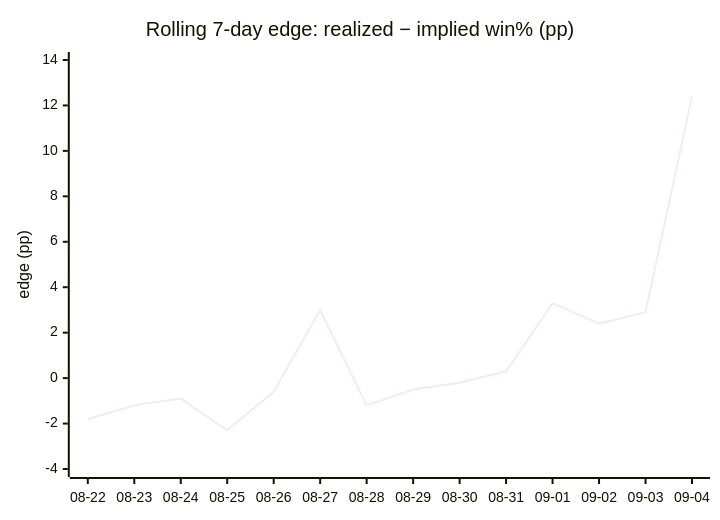
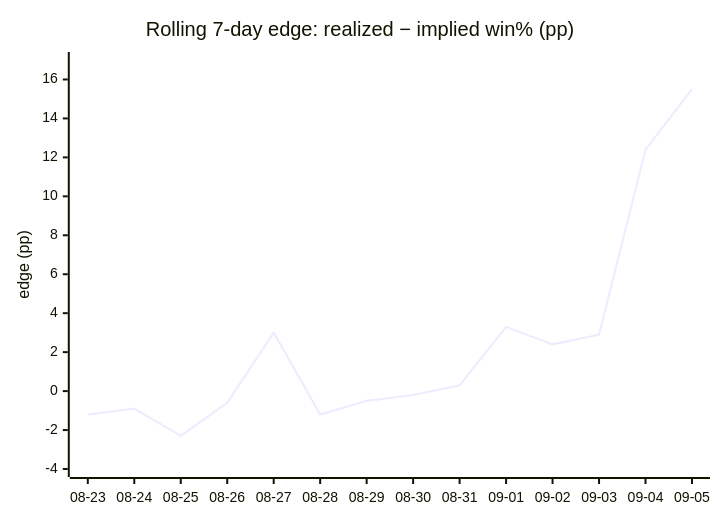
Before and after one commit to dpk1212/nhl-savant: the fourth of 4 diagrams in DAILY_AGSU_REPORT.md, drawn with Mermaid. The commit also changed other lines of this file, not shown here.

````diff
--- a/DAILY_AGSU_REPORT.md
+++ b/DAILY_AGSU_REPORT.md
@@ -871,7 +872,7 @@
 ```mermaid
 xychart-beta
     title "Rolling 7-day edge: realized − implied win% (pp)"
-    x-axis ["08-22", "08-23", "08-24", "08-25", "08-26", "08-27", "08-28", "08-29", "08-30", "08-31", "09-01", "09-02", "09-03", "09-04"]
-    y-axis "edge (pp)" -4 --> 14
-    line [-1.8, -1.2, -0.9, -2.3, -0.6, 3, -1.2, -0.5, -0.2, 0.3, 3.3, 2.4, 2.9, 12.4]
+    x-axis ["08-23", "08-24", "08-25", "08-26", "08-27", "08-28", "08-29", "08-30", "08-31", "09-01", "09-02", "09-03", "09-04", "09-05"]
+    y-axis "edge (pp)" -4 --> 17
+    line [-1.2, -0.9, -2.3, -0.6, 3, -1.2, -0.5, -0.2, 0.3, 3.3, 2.4, 2.9, 12.4, 15.5]
 ```
````
